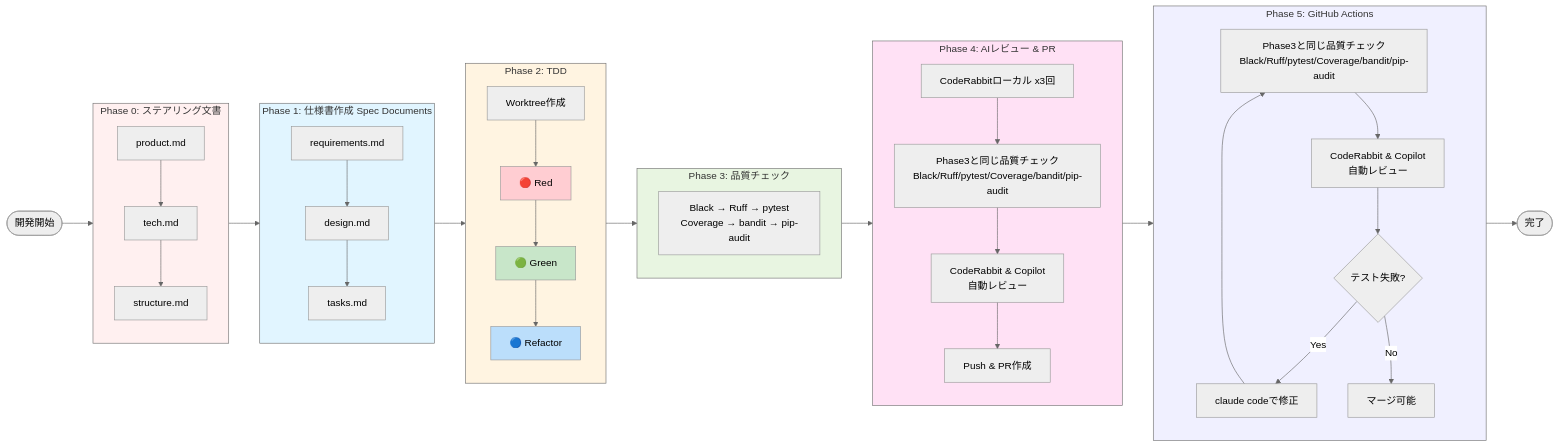
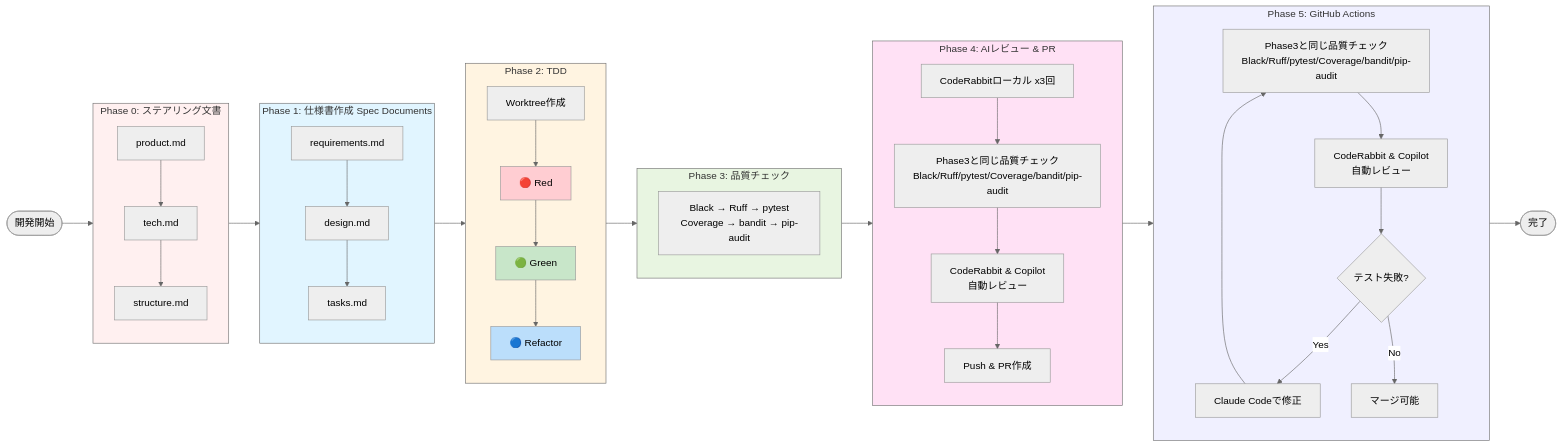
Before and after one commit to penpon/fairy: the diagram in workflow.md, drawn with Mermaid (neutral theme).

````diff
--- a/workflow.md
+++ b/workflow.md
@@ -5,60 +5,60 @@
 ```mermaid
 flowchart LR
     Start([開発開始]) --> P0
 
     subgraph P0[Phase 0: ステアリング文書]
         direction TB
         Product[product.md] --> Tech[tech.md] --> Structure[structure.md]
     end
 
     P0 --> P1
 
     subgraph P1[Phase 1: 仕様書作成 Spec Documents]
         direction TB
         Req[requirements.md] --> Design[design.md] --> Tasks[tasks.md]
     end
 
     P1 --> P2
 
     subgraph P2[Phase 2: TDD]
         direction TB
         Worktree[Worktree作成] --> Red[🔴 Red] --> Green[🟢 Green] --> Refactor[🔵 Refactor]
     end
 
     P2 --> P3
 
     subgraph P3[Phase 3: 品質チェック]
         direction TB
         QC[Black → Ruff → pytest<br/>Coverage → bandit → pip-audit]
     end
 
     P3 --> P4
 
     subgraph P4[Phase 4: AIレビュー & PR]
         direction TB
         CR[CodeRabbitローカル x3回] --> P4_QC[Phase3と同じ品質チェック<br/>Black/Ruff/pytest/Coverage/bandit/pip-audit] --> P4_Review[CodeRabbit & Copilot<br/>自動レビュー] --> Push[Push & PR作成]
     end
 
     P4 --> P5
 
     subgraph P5[Phase 5: GitHub Actions]
         direction TB
         P5_Test[Phase3と同じ品質チェック<br/>Black/Ruff/pytest/Coverage/bandit/pip-audit] --> P5_Review[CodeRabbit & Copilot<br/>自動レビュー]
         P5_Review --> P5_Fix{テスト失敗?}
-        P5_Fix -->|Yes| P5_Claude[claude codeで修正]
+        P5_Fix -->|Yes| P5_Claude[Claude Codeで修正]
         P5_Claude --> P5_Test
         P5_Fix -->|No| P5_Merge[マージ可能]
     end
 
     P5 --> End([完了])
 
     style P0 fill:#fff0f0
     style P1 fill:#e1f5ff
     style P2 fill:#fff4e1
     style P3 fill:#e8f5e1
     style P4 fill:#ffe1f5
     style P5 fill:#f0f0ff
     style Red fill:#ffcdd2
     style Green fill:#c8e6c9
     style Refactor fill:#bbdefb
 ```
````
